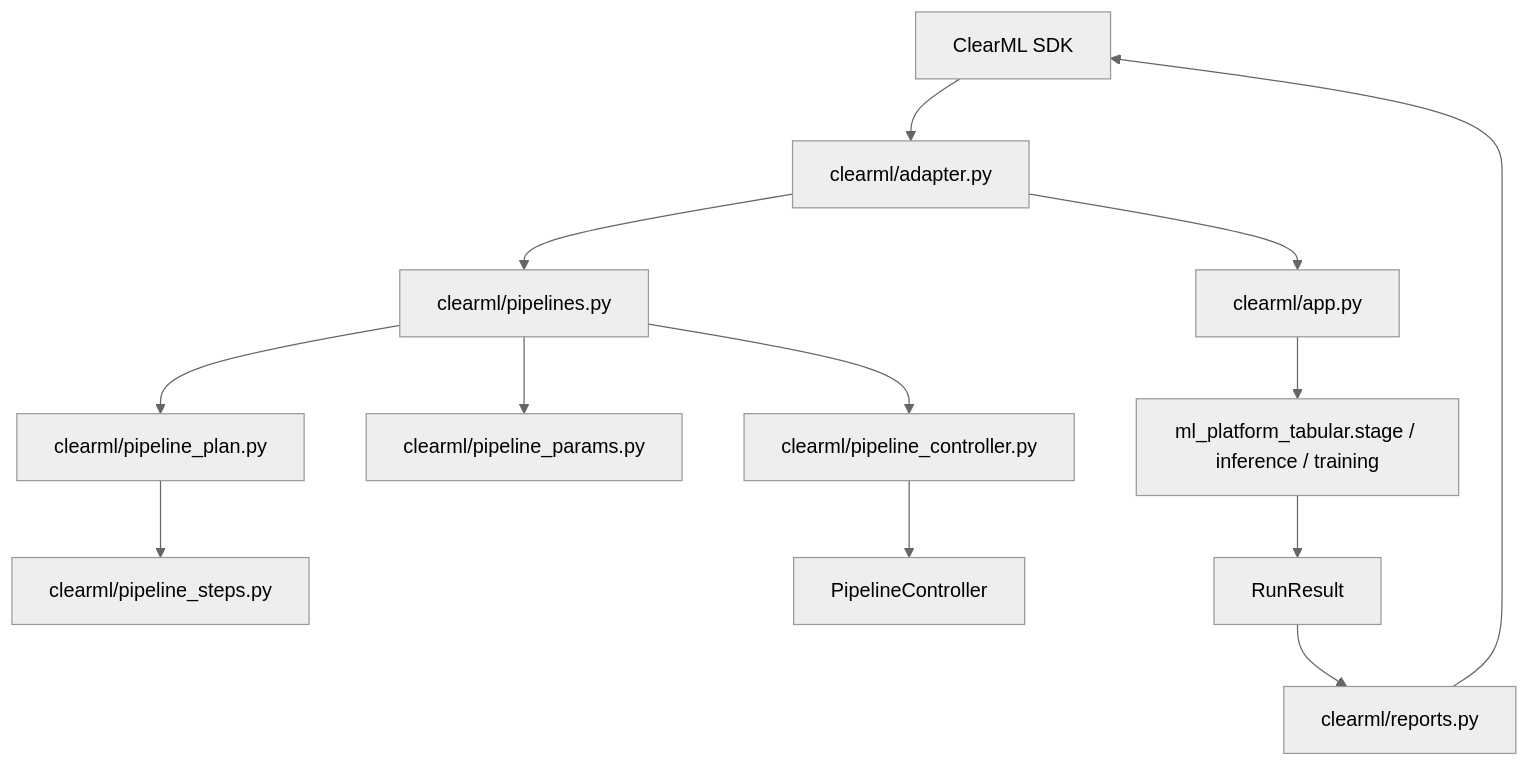
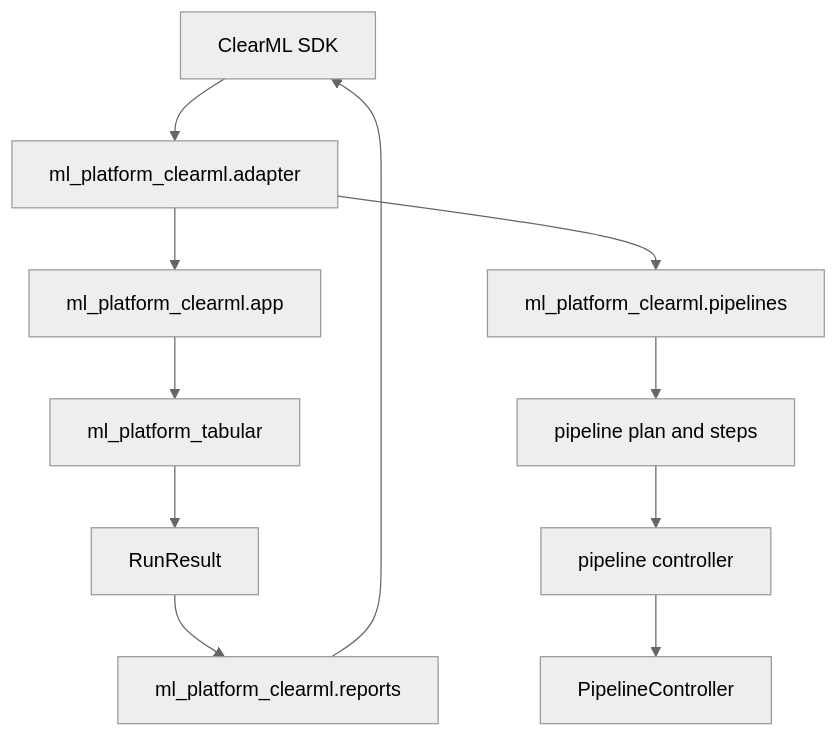
The diagram in docs/ml_platform_mkdocs/docs/architecture/clearml-boundary.md (dkawa2523/ml_platform), drawn with Mermaid (neutral theme) before and after one commit. The commit also changed other lines of this file and 204 other files, not shown here.

Commit message:
simplify platform architecture and harden quality gates

````diff
--- a/docs/ml_platform_mkdocs/docs/architecture/clearml-boundary.md
+++ b/docs/ml_platform_mkdocs/docs/architecture/clearml-boundary.md
@@ -9,15 +9,13 @@
 ```mermaid
 graph TB
-  A[ClearML SDK] --> B[clearml/adapter.py]
-  B --> C[clearml/app.py]
-  B --> D[clearml/pipelines.py]
-  C --> E[ml_platform_tabular.stage / inference / training]
-  D --> F[clearml/pipeline_params.py]
-  D --> K[clearml/pipeline_plan.py]
-  K --> L[clearml/pipeline_steps.py]
-  D --> G[clearml/pipeline_controller.py]
+  A[ClearML SDK] --> B[ml_platform_clearml.adapter]
+  B --> C[ml_platform_clearml.app]
+  B --> D[ml_platform_clearml.pipelines]
+  C --> E[ml_platform_tabular]
+  D --> F[pipeline plan and steps]
+  F --> G[pipeline controller]
   G --> H[PipelineController]
   E --> I[RunResult]
-  I --> J[clearml/reports.py]
+  I --> J[ml_platform_clearml.reports]
   J --> A
 ```
````
